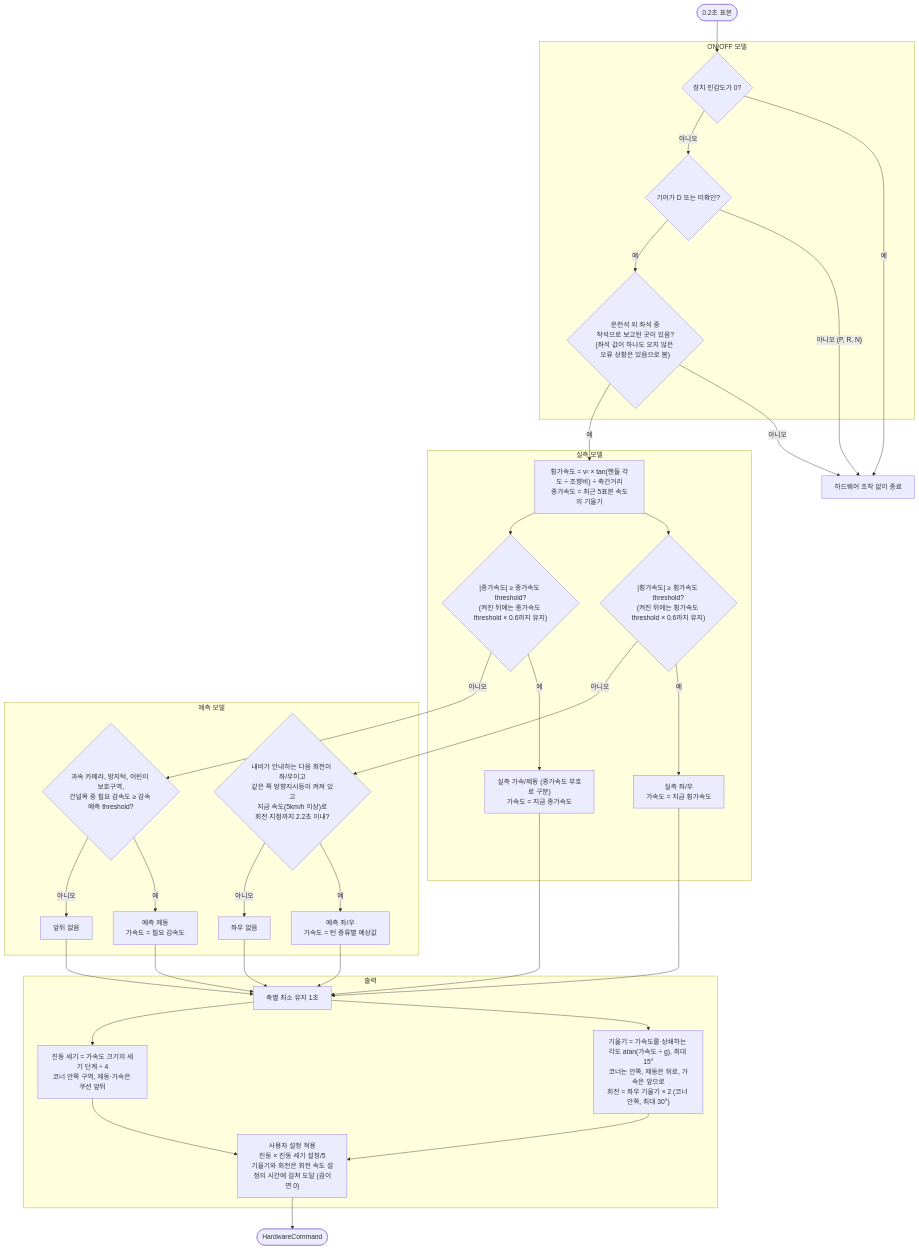
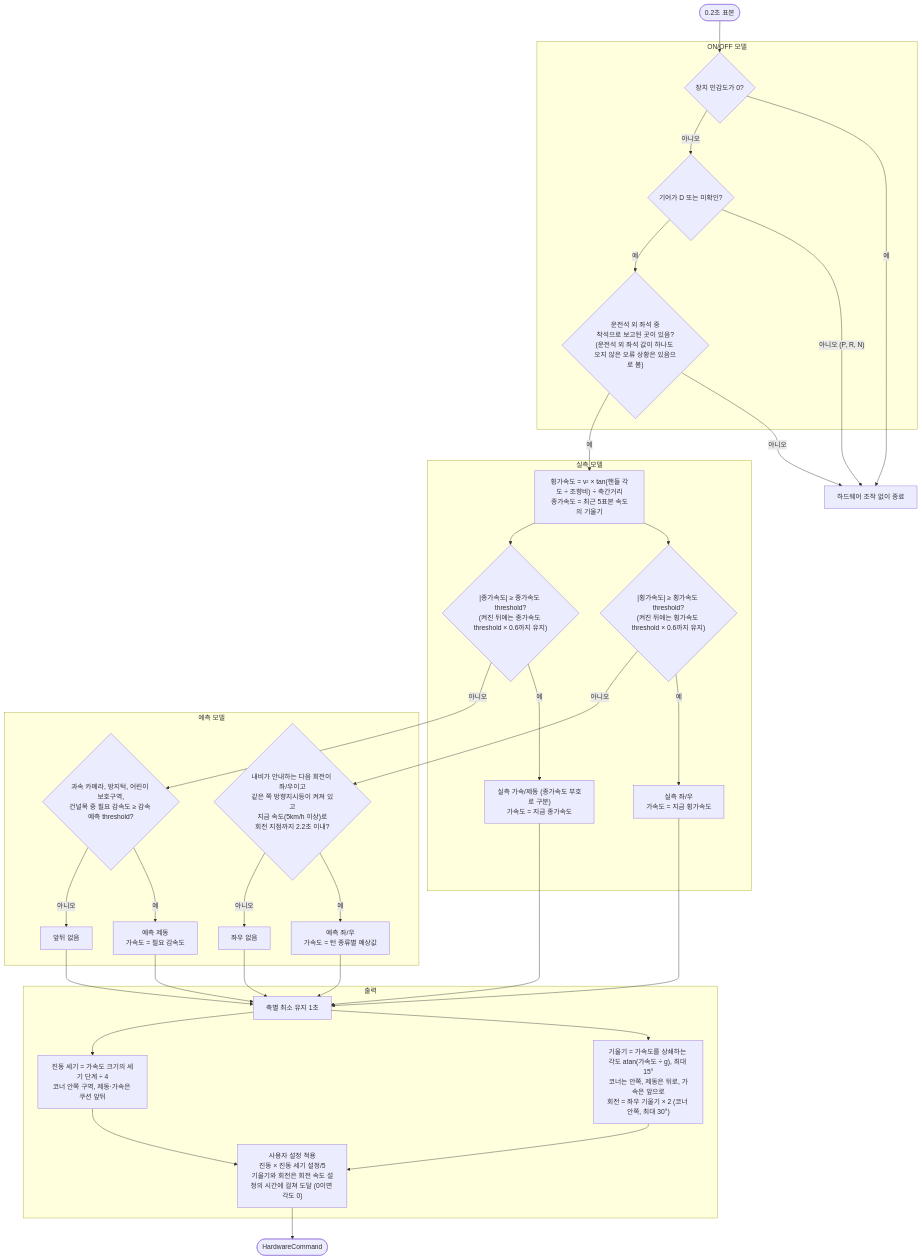
Before and after one commit to jujaya920-ui/Active-Seat-For-All: the second of 2 diagrams in docs/HardwareControl.md, drawn with Mermaid. The commit also changed other lines of this file, not shown here.

````diff
--- a/docs/HardwareControl.md
+++ b/docs/HardwareControl.md
@@ -58,54 +58,54 @@
 ```mermaid
 flowchart TD
     A([0.2초 표본]) --> B
 
     subgraph ONOFF["ON/OFF 모델"]
         B{장치 민감도가 0?}
         C{기어가 D 또는 미확인?}
-        P{"운전석 외 좌석 중<br/>착석으로 보고된 곳이 있음?<br/>(좌석 값이 하나도 오지 않은 오류 상황은 있음으로 봄)"}
+        P{"운전석 외 좌석 중<br/>착석으로 보고된 곳이 있음?<br/>(운전석 외 좌석 값이 하나도 오지 않은 오류 상황은 있음으로 봄)"}
     end
     B -- 예 --> X[하드웨어 조작 없이 종료]
     B -- 아니오 --> C
     C -- "아니오 (P, R, N)" --> X
     C -- 예 --> P
     P -- 아니오 --> X
     P -- 예 --> D
 
     subgraph MEASURED["실측 모델"]
         D["횡가속도 = v² × tan(핸들 각도 ÷ 조향비) ÷ 축간거리<br/>종가속도 = 최근 5표본 속도의 기울기"]
         E{"|횡가속도| ≥ 횡가속도 threshold?<br/>(켜진 뒤에는 횡가속도 threshold × 0.6까지 유지)"}
         F{"|종가속도| ≥ 종가속도 threshold?<br/>(켜진 뒤에는 종가속도 threshold × 0.6까지 유지)"}
         E1["실측 좌/우<br/>가속도 = 지금 횡가속도"]
         F1["실측 가속/제동 (종가속도 부호로 구분)<br/>가속도 = 지금 종가속도"]
     end
     D --> E
     D --> F
     E -- 예 --> E1
     F -- 예 --> F1
 
     subgraph PREDICTED["예측 모델"]
         E2{"내비가 안내하는 다음 회전이 좌/우이고<br/>같은 쪽 방향지시등이 켜져 있고<br/>지금 속도(5km/h 이상)로<br/>회전 지점까지 2.2초 이내?"}
         F2{"과속 카메라, 방지턱, 어린이 보호구역,<br/>건널목 중 필요 감속도 ≥ 감속 예측 threshold?"}
         E3["예측 좌/우<br/>가속도 = 턴 종류별 예상값"]
         E4[좌우 없음]
         F3["예측 제동<br/>가속도 = 필요 감속도"]
         F4[앞뒤 없음]
     end
     E -- 아니오 --> E2
     F -- 아니오 --> F2
     E2 -- 예 --> E3
     E2 -- 아니오 --> E4
     F2 -- 예 --> F3
     F2 -- 아니오 --> F4
 
     subgraph OUTPUT["출력"]
         H[축별 최소 유지 1초]
         J["기울기 = 가속도를 상쇄하는 각도 atan(가속도 ÷ g), 최대 15°<br/>코너는 안쪽, 제동은 뒤로, 가속은 앞으로<br/>회전 = 좌우 기울기 × 2 (코너 안쪽, 최대 30°)"]
         V["진동 세기 = 가속도 크기의 세기 단계 ÷ 4<br/>코너 안쪽 구역, 제동·가속은 쿠션 앞뒤"]
-        K["사용자 설정 적용<br/>진동 × 진동 세기 설정/5<br/>기울기와 회전은 회전 속도 설정의 시간에 걸쳐 도달 (끔이면 0)"]
+        K["사용자 설정 적용<br/>진동 × 진동 세기 설정/5<br/>기울기와 회전은 회전 속도 설정의 시간에 걸쳐 도달 (0이면 각도 0)"]
     end
     E1 & E3 & E4 --> H
     F1 & F3 & F4 --> H
     H --> J & V
     J & V --> K --> L([HardwareCommand])
 ```
````
